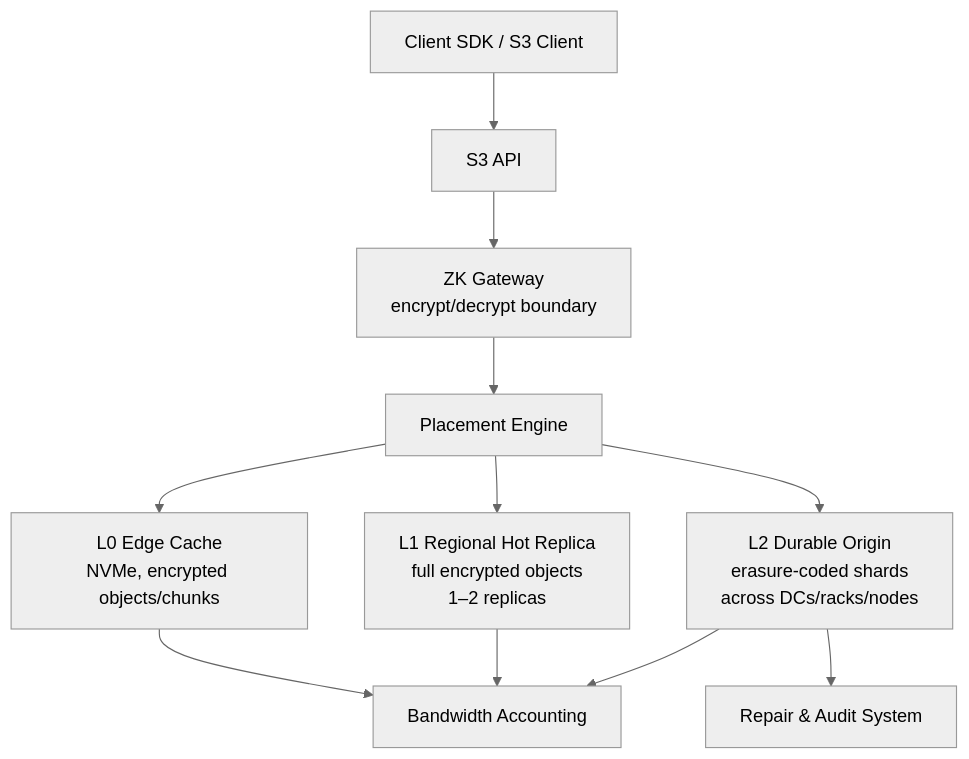
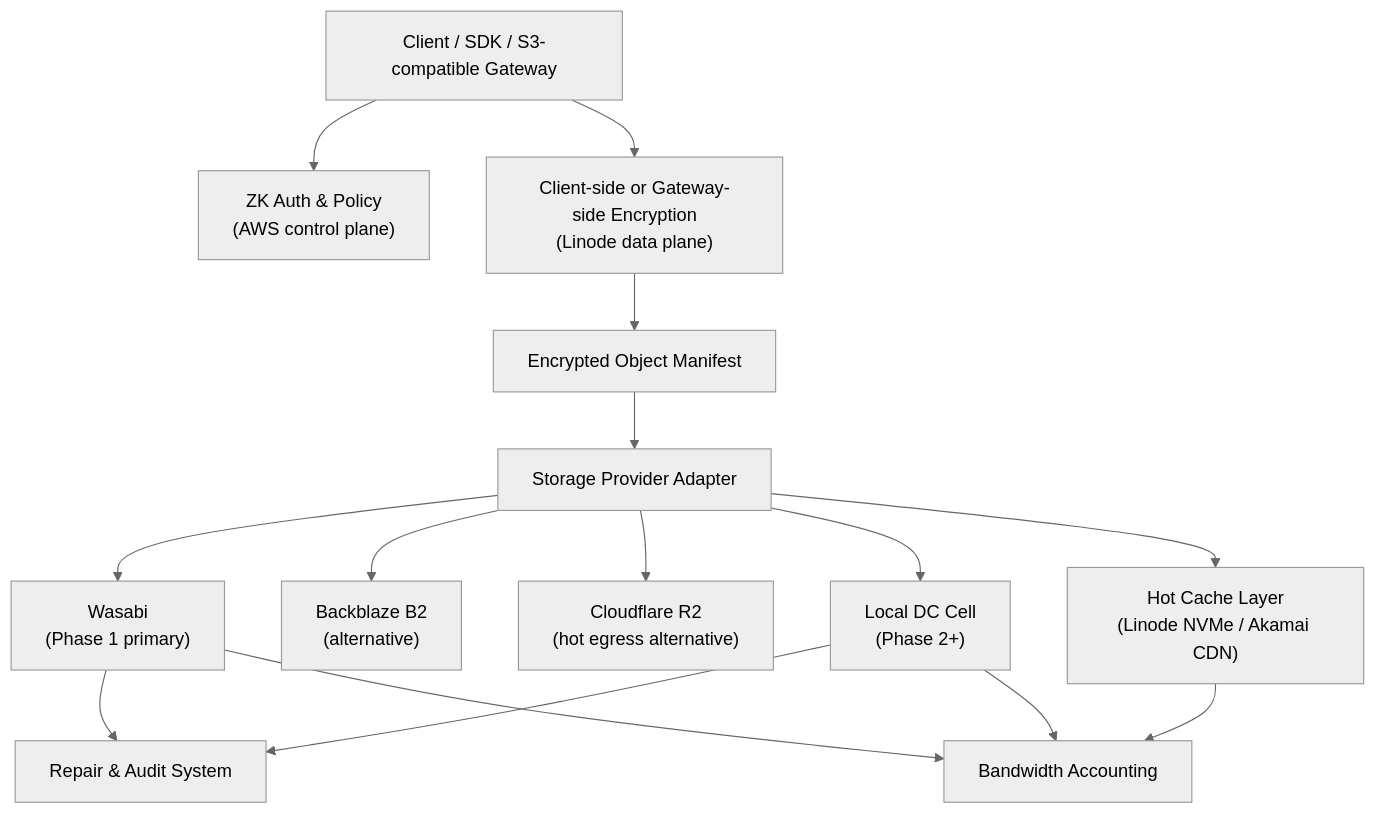
Before and after one commit to kennguy3n/zk-object-fabric: the second of 2 diagrams in README.md, drawn with Mermaid (neutral theme). The commit also changed other lines of this file and 3 other files, not shown here.

First line of the commit message:
Rewrite project docs for ZK Object Fabric on AWS + Linode + Wasabi

````diff
--- a/README.md
+++ b/README.md
@@ -44,13 +113,30 @@
 ```mermaid
 flowchart TD
-    Client[Client SDK / S3 Client] --> API[S3 API]
-    API --> ZK[ZK Gateway<br/>encrypt/decrypt boundary]
-    ZK --> PE[Placement Engine]
-    PE --> L0[L0 Edge Cache<br/>NVMe, encrypted objects/chunks]
-    PE --> L1[L1 Regional Hot Replica<br/>full encrypted objects<br/>1–2 replicas]
-    PE --> L2[L2 Durable Origin<br/>erasure-coded shards<br/>across DCs/racks/nodes]
-    L2 --> RA[Repair &amp; Audit System]
-    L0 --> BW[Bandwidth Accounting]
-    L1 --> BW
-    L2 --> BW
+    Client["Client / SDK / S3-compatible Gateway"]
+    Auth["ZK Auth &amp; Policy<br/>(AWS control plane)"]
+    Enc["Client-side or Gateway-side Encryption<br/>(Linode data plane)"]
+    Manifest["Encrypted Object Manifest"]
+    Adapter["Storage Provider Adapter"]
+    Wasabi["Wasabi<br/>(Phase 1 primary)"]
+    B2["Backblaze B2<br/>(alternative)"]
+    R2["Cloudflare R2<br/>(hot egress alternative)"]
+    Local["Local DC Cell<br/>(Phase 2+)"]
+    Cache["Hot Cache Layer<br/>(Linode NVMe / Akamai CDN)"]
+    Repair["Repair &amp; Audit System"]
+    Bw["Bandwidth Accounting"]
+
+    Client --> Auth
+    Client --> Enc
+    Enc --> Manifest
+    Manifest --> Adapter
+    Adapter --> Wasabi
+    Adapter --> B2
+    Adapter --> R2
+    Adapter --> Local
+    Adapter --> Cache
+    Cache --> Bw
+    Wasabi --> Repair
+    Local --> Repair
+    Wasabi --> Bw
+    Local --> Bw
 ```
````
